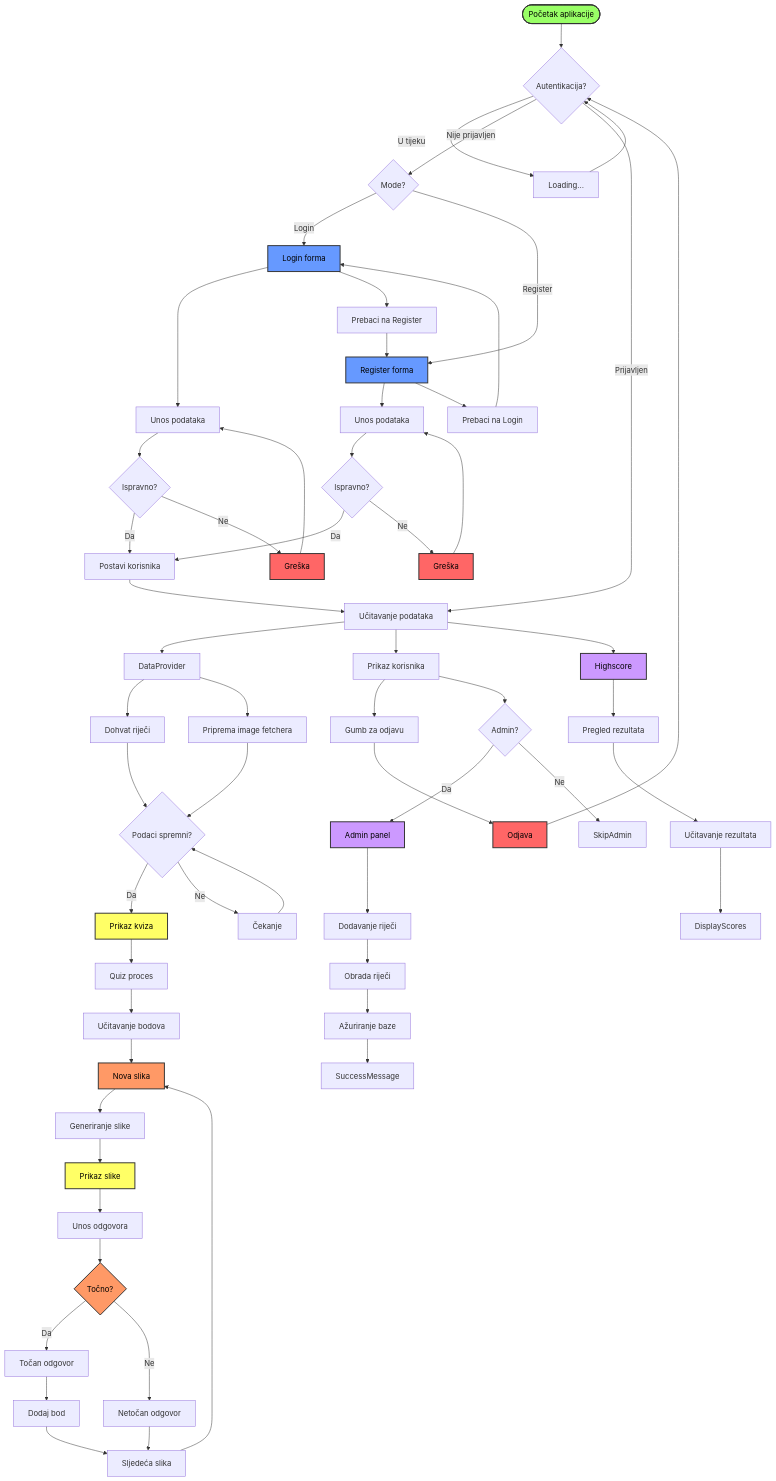
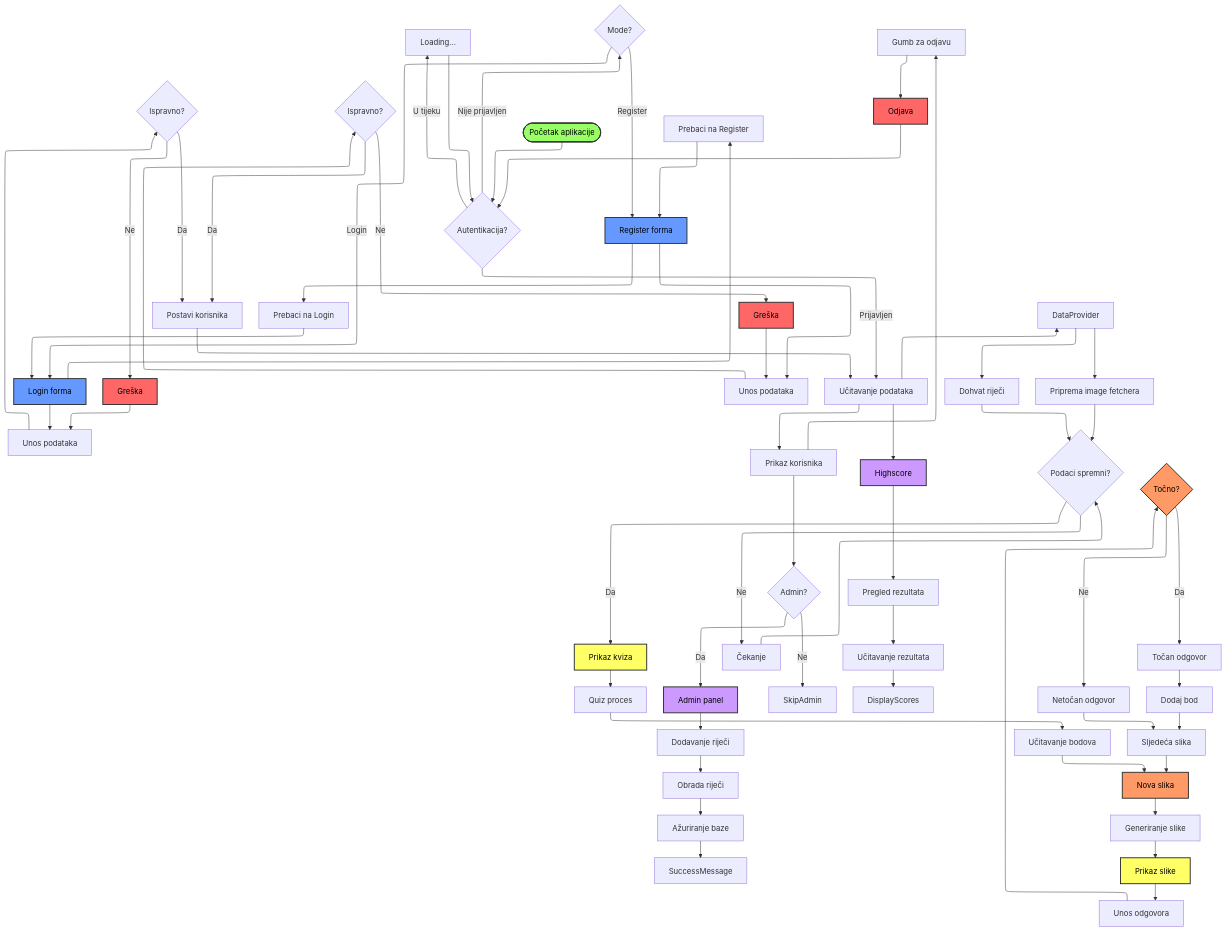
One commit to igorpavlic/Image-Quiz changed the second of 3 diagrams in Projektna dokumentacija/README.md. Above: the diagram before and after it, drawn with Mermaid.

````diff
--- a/Projektna dokumentacija/README.md
+++ b/Projektna dokumentacija/README.md
@@ -144,90 +144,77 @@
 ```mermaid
+---
+config:
+  layout: elk
+---
 flowchart TD
-    Start([Početak aplikacije]) --> AuthCheck
-    AuthCheck{Autentikacija?} --> |"U tijeku"| LoadingState
-    LoadingState[Loading...] --> AuthCheck
-    
-    AuthCheck --> |"Nije prijavljen"| ModeCheck
-    ModeCheck{Mode?} --> |"Login"| LoginScreen
-    ModeCheck --> |"Register"| RegisterScreen
-    
-    LoginScreen[Login forma] --> EnterLoginData
-    EnterLoginData[Unos podataka] --> AttemptLogin
-    AttemptLogin{Ispravno?} --> |"Da"| SetUser
-    AttemptLogin --> |"Ne"| LoginError
-    LoginError[Greška] --> EnterLoginData
-    
-    LoginScreen --> ToggleToRegister
-    ToggleToRegister[Prebaci na Register] --> RegisterScreen
-    
-    RegisterScreen[Register forma] --> EnterRegisterData
-    EnterRegisterData[Unos podataka] --> AttemptRegister
-    AttemptRegister{Ispravno?} --> |"Da"| SetUser
-    AttemptRegister --> |"Ne"| RegisterError
-    RegisterError[Greška] --> EnterRegisterData
-    
-    RegisterScreen --> ToggleToLogin
-    ToggleToLogin[Prebaci na Login] --> LoginScreen
-    
-    AuthCheck --> |"Prijavljen"| LoadData
-    SetUser[Postavi korisnika] --> LoadData
-    
-    LoadData[Učitavanje podataka] --> DataProvider
-    DataProvider[DataProvider] --> LoadWords
-    DataProvider --> SetupImageFetcher
-    
-    LoadWords[Dohvat riječi] --> DataCheck
-    SetupImageFetcher[Priprema image fetchera] --> DataCheck
-    
-    DataCheck{Podaci spremni?} --> |"Da"| ShowQuiz
-    DataCheck --> |"Ne"| WaitForData
-    WaitForData[Čekanje] --> DataCheck
-    
-    ShowQuiz[Prikaz kviza] --> QuizFlow
-    
-    LoadData --> ShowUser
-    ShowUser[Prikaz korisnika] --> LogoutButton
-    LogoutButton[Gumb za odjavu] --> Logout
-    Logout[Odjava] --> AuthCheck
-    
-    ShowUser --> AdminCheck
-    AdminCheck{Admin?} --> |"Da"| AdminPanel
-    AdminCheck --> |"Ne"| SkipAdmin
-    
-    AdminPanel[Admin panel] --> AddWords
-    AddWords[Dodavanje riječi] --> ProcessWords
-    ProcessWords[Obrada riječi] --> UpdateDB
-    UpdateDB[Ažuriranje baze] --> SuccessMessage
-    
-    LoadData --> HighscoreComponent
-    HighscoreComponent[Highscore] --> ViewScores
-    ViewScores[Pregled rezultata] --> LoadScores
-    LoadScores[Učitavanje rezultata] --> DisplayScores
-    
-    QuizFlow[Quiz proces] --> LoadUserScore
-    LoadUserScore[Učitavanje bodova] --> NewImage
-    NewImage[Nova slika] --> GenerateImage
-    GenerateImage[Generiranje slike] --> DisplayImage
-    DisplayImage[Prikaz slike] --> UserInput
-    UserInput[Unos odgovora] --> CheckAnswer
-    CheckAnswer{Točno?} --> |"Da"| CorrectAnswer
-    CheckAnswer --> |"Ne"| WrongAnswer
-    CorrectAnswer[Točan odgovor] --> AddPoint
-    AddPoint[Dodaj bod] --> NextImage
-    WrongAnswer[Netočan odgovor] --> NextImage
-    NextImage[Sljedeća slika] --> NewImage
-    
+    Start(["Početak aplikacije"]) --> AuthCheck{"Autentikacija?"}
+    AuthCheck -- U tijeku --> LoadingState["Loading..."]
+    LoadingState --> AuthCheck
+    AuthCheck -- Nije prijavljen --> ModeCheck{"Mode?"}
+    ModeCheck -- Login --> LoginScreen["Login forma"]
+    ModeCheck -- Register --> RegisterScreen["Register forma"]
+    LoginScreen --> EnterLoginData["Unos podataka"] & ToggleToRegister["Prebaci na Register"]
+    EnterLoginData --> AttemptLogin{"Ispravno?"}
+    AttemptLogin -- Da --> SetUser["Postavi korisnika"]
+    AttemptLogin -- Ne --> LoginError["Greška"]
+    LoginError --> EnterLoginData
+    ToggleToRegister --> RegisterScreen
+    RegisterScreen --> EnterRegisterData["Unos podataka"] & ToggleToLogin["Prebaci na Login"]
+    EnterRegisterData --> AttemptRegister{"Ispravno?"}
+    AttemptRegister -- Da --> SetUser
+    AttemptRegister -- Ne --> RegisterError["Greška"]
+    RegisterError --> EnterRegisterData
+    ToggleToLogin --> LoginScreen
+    AuthCheck -- Prijavljen --> LoadData["Učitavanje podataka"]
+    SetUser --> LoadData
+    LoadData --> DataProvider["DataProvider"] & ShowUser["Prikaz korisnika"] & HighscoreComponent["Highscore"]
+    DataProvider --> LoadWords["Dohvat riječi"] & SetupImageFetcher["Priprema image fetchera"]
+    LoadWords --> DataCheck{"Podaci spremni?"}
+    SetupImageFetcher --> DataCheck
+    DataCheck -- Da --> ShowQuiz["Prikaz kviza"]
+    DataCheck -- Ne --> WaitForData["Čekanje"]
+    WaitForData --> DataCheck
+    ShowQuiz --> QuizFlow["Quiz proces"]
+    ShowUser --> LogoutButton["Gumb za odjavu"] & AdminCheck{"Admin?"}
+    LogoutButton --> Logout["Odjava"]
+    Logout --> AuthCheck
+    AdminCheck -- Da --> AdminPanel["Admin panel"]
+    AdminCheck -- Ne --> SkipAdmin["SkipAdmin"]
+    AdminPanel --> AddWords["Dodavanje riječi"]
+    AddWords --> ProcessWords["Obrada riječi"]
+    ProcessWords --> UpdateDB["Ažuriranje baze"]
+    UpdateDB --> SuccessMessage["SuccessMessage"]
+    HighscoreComponent --> ViewScores["Pregled rezultata"]
+    ViewScores --> LoadScores["Učitavanje rezultata"]
+    LoadScores --> DisplayScores["DisplayScores"]
+    QuizFlow --> LoadUserScore["Učitavanje bodova"]
+    LoadUserScore --> NewImage["Nova slika"]
+    NewImage --> GenerateImage["Generiranje slike"]
+    GenerateImage --> DisplayImage["Prikaz slike"]
+    DisplayImage --> UserInput["Unos odgovora"]
+    UserInput --> CheckAnswer{"Točno?"}
+    CheckAnswer -- Da --> CorrectAnswer["Točan odgovor"]
+    CheckAnswer -- Ne --> WrongAnswer["Netočan odgovor"]
+    CorrectAnswer --> AddPoint["Dodaj bod"]
+    AddPoint --> NextImage["Sljedeća slika"]
+    WrongAnswer --> NextImage
+    NextImage --> NewImage
+     Start:::green
+     LoginScreen:::blue
+     RegisterScreen:::blue
+     LoginError:::red
+     RegisterError:::red
+     HighscoreComponent:::purple
+     ShowQuiz:::yellow
+     Logout:::red
+     AdminPanel:::purple
+     NewImage:::orange
+     DisplayImage:::yellow
+     CheckAnswer:::orange
     classDef green fill:#9f6,stroke:#333,stroke-width:2px,color:#000
     classDef red fill:#f66,stroke:#333,stroke-width:2px,color:#000
     classDef blue fill:#69f,stroke:#333,stroke-width:2px,color:#000
     classDef orange fill:#f96,stroke:#333,stroke-width:2px,color:#000
     classDef yellow fill:#ff6,stroke:#333,stroke-width:2px,color:#000
     classDef purple fill:#c9f,stroke:#333,stroke-width:2px,color:#000
-
-    class Start green
-    class LoginScreen,RegisterScreen blue
-    class ShowQuiz,DisplayImage yellow
-    class NewImage,CheckAnswer orange
-    class Logout,LoginError,RegisterError red
-    class AdminPanel,HighscoreComponent purple
 ```
````
